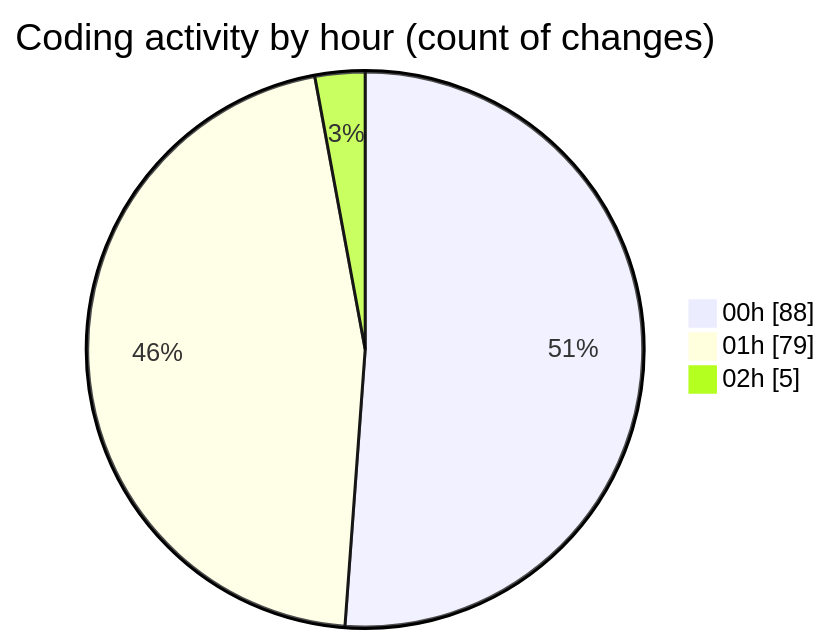
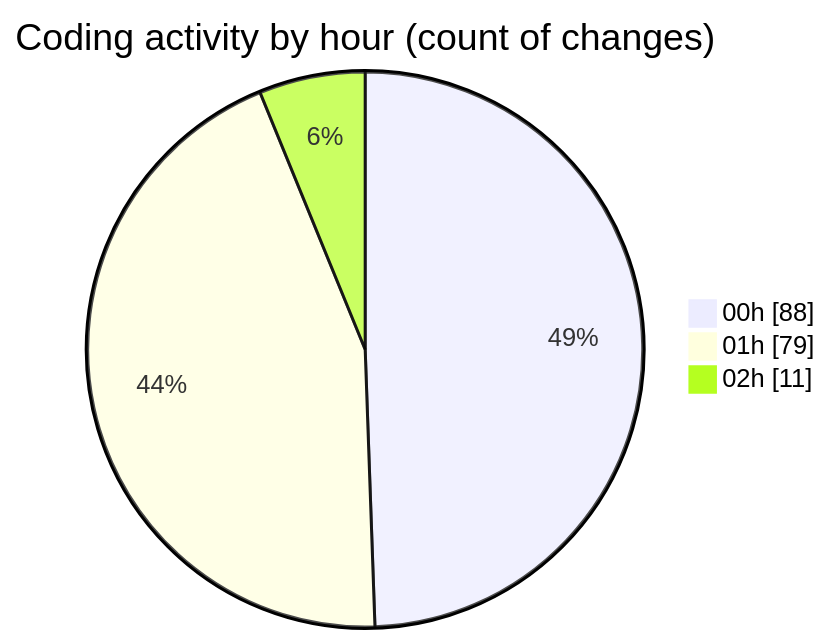
One commit to lephambinh05/code-tracking changed the second of 2 diagrams in 2025-08-16/rentotp/README.md. Above: the diagram before and after it, drawn with Mermaid. The commit also changed other lines of this file and 1 other file, not shown here.

````diff
--- a/2025-08-16/rentotp/README.md
+++ b/2025-08-16/rentotp/README.md
@@ -48,7 +48,7 @@
 ```mermaid
 pie showData
 title Coding activity by hour (count of changes)
 "00h" : 88
 "01h" : 79
-"02h" : 5
+"02h" : 11
 ```
````
